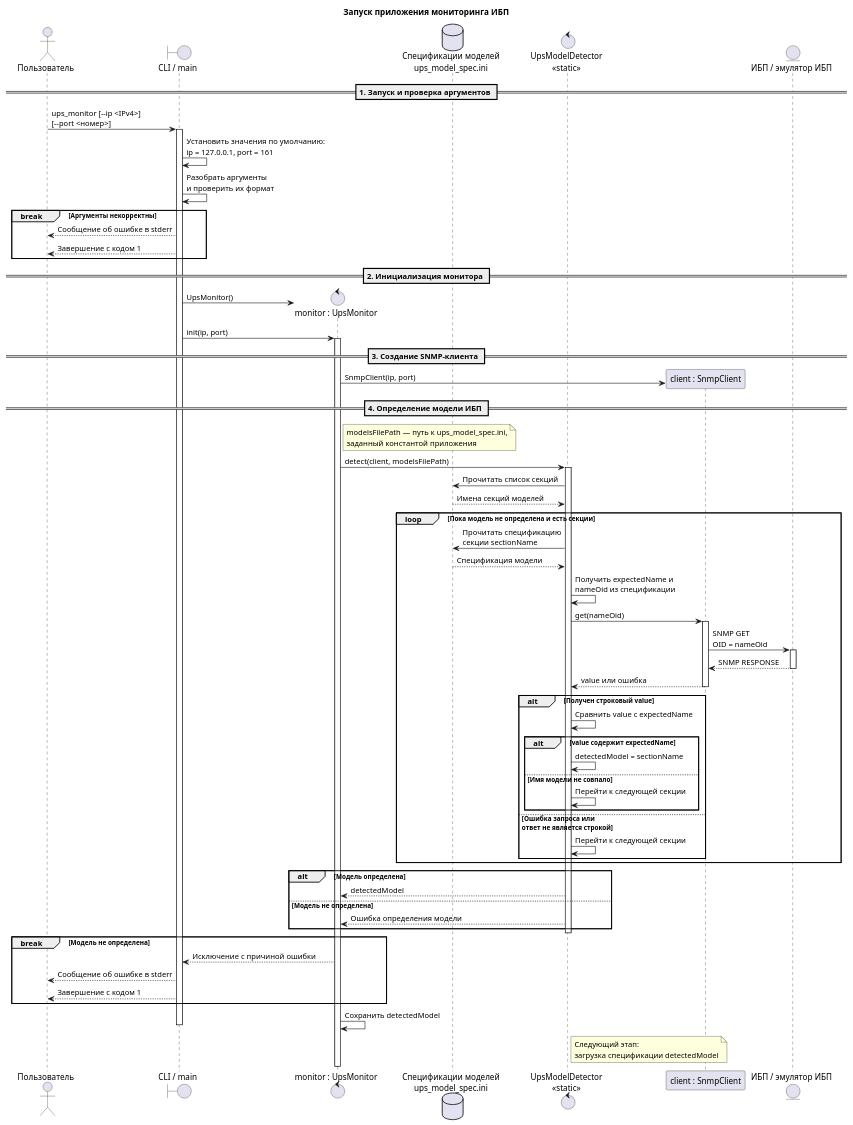
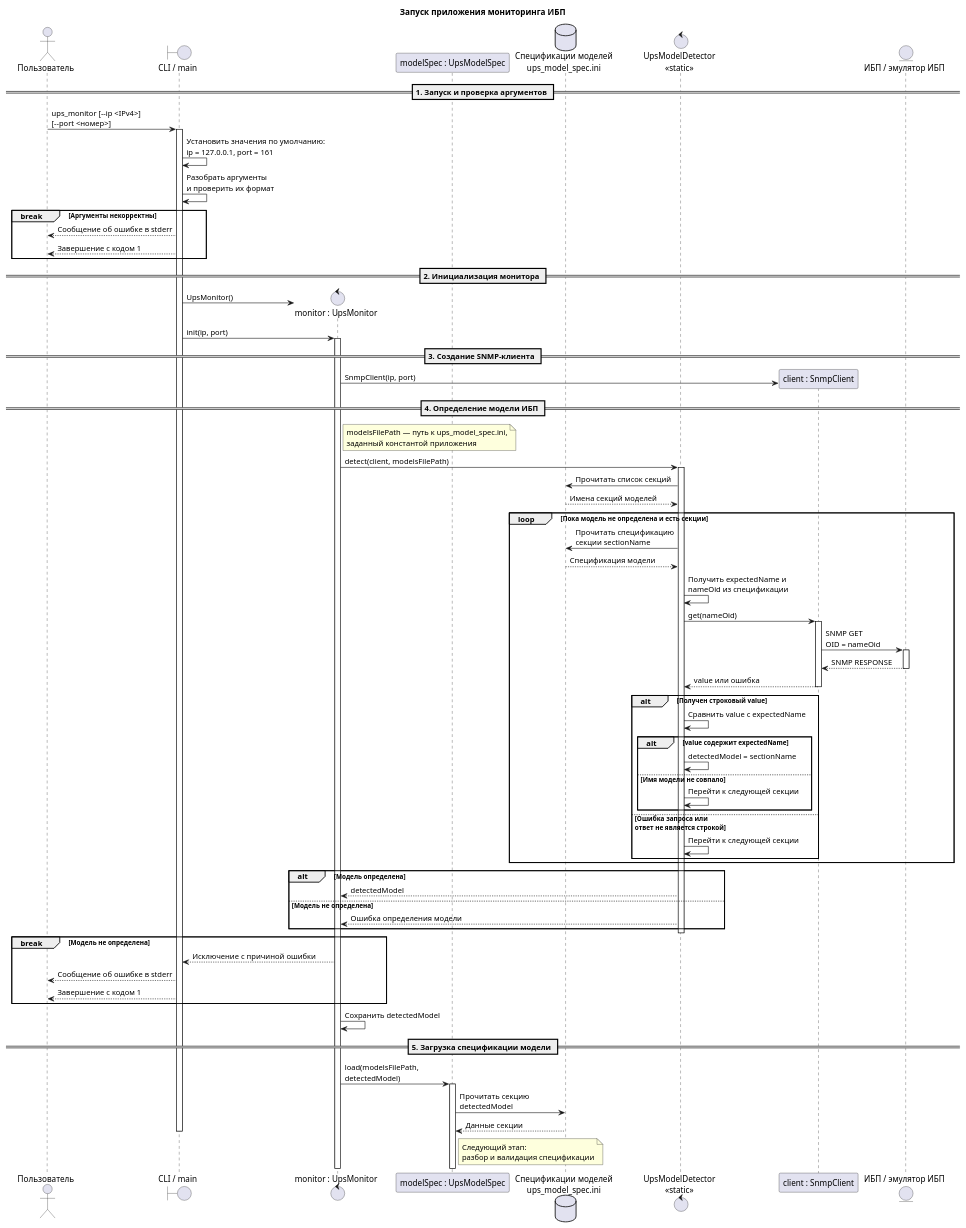
One commit to dvbgmdev-otus/ups_monitor changed the diagram in docs/technical_specification/sequence_diagram.puml. Above: the diagram before and after it, drawn with PlantUML.

Commit message:
docs(ups): начата загрузка спецификации модели

```diff
--- a/docs/technical_specification/sequence_diagram.puml
+++ b/docs/technical_specification/sequence_diagram.puml
@@ -1,95 +1,103 @@
 @startuml ups_monitor_sequence
 title Запуск приложения мониторинга ИБП
 
 actor "Пользователь" as User
 boundary "CLI / main" as CLI
 
 == 1. Запуск и проверка аргументов ==
 
 User -> CLI: ups_monitor [~--ip <IPv4>]\n[~--port <номер>]
 activate CLI
 
 CLI -> CLI: Установить значения по умолчанию:\nip = 127.0.0.1, port = 161
 CLI -> CLI: Разобрать аргументы\nи проверить их формат
 
 break Аргументы некорректны
     CLI --> User: Сообщение об ошибке в stderr
     CLI --> User: Завершение с кодом 1
 end
 
 == 2. Инициализация монитора ==
 
 create control "monitor : UpsMonitor" as Monitor
 CLI -> Monitor: UpsMonitor()
 CLI -> Monitor: init(ip, port)
 activate Monitor
 
+participant "modelSpec : UpsModelSpec" as ModelSpec
 database "Спецификации моделей\nups_model_spec.ini" as ModelsDb
 control "UpsModelDetector\n<<static>>" as Detector
 
 == 3. Создание SNMP-клиента ==
 
 create participant "client : SnmpClient" as Snmp
 Monitor -> Snmp: SnmpClient(ip, port)
 entity "ИБП / эмулятор ИБП" as Ups
 
 == 4. Определение модели ИБП ==
 
 note right of Monitor
     modelsFilePath — путь к ups_model_spec.ini,
     заданный константой приложения
 end note
 
 Monitor -> Detector: detect(client, modelsFilePath)
 activate Detector
 Detector -> ModelsDb: Прочитать список секций
 ModelsDb --> Detector: Имена секций моделей
 
 loop Пока модель не определена и есть секции
     Detector -> ModelsDb: Прочитать спецификацию\nсекции sectionName
     ModelsDb --> Detector: Спецификация модели
     Detector -> Detector: Получить expectedName и\nnameOid из спецификации
     Detector -> Snmp: get(nameOid)
     activate Snmp
     Snmp -> Ups: SNMP GET\nOID = nameOid
     activate Ups
     Ups --> Snmp: SNMP RESPONSE
     deactivate Ups
     Snmp --> Detector: value или ошибка
     deactivate Snmp
 
     alt Получен строковый value
         Detector -> Detector: Сравнить value с expectedName
 
         alt value содержит expectedName
             Detector -> Detector: detectedModel = sectionName
         else Имя модели не совпало
             Detector -> Detector: Перейти к следующей секции
         end
     else Ошибка запроса или\nответ не является строкой
         Detector -> Detector: Перейти к следующей секции
     end
 end
 
 alt Модель определена
     Detector --> Monitor: detectedModel
 else Модель не определена
     Detector --> Monitor: Ошибка определения модели
 end
 deactivate Detector
 
 break Модель не определена
     Monitor --> CLI: Исключение с причиной ошибки
     CLI --> User: Сообщение об ошибке в stderr
     CLI --> User: Завершение с кодом 1
 end
 
 Monitor -> Monitor: Сохранить detectedModel
 
-note right of Detector
+== 5. Загрузка спецификации модели ==
+
+Monitor -> ModelSpec: load(modelsFilePath,\ndetectedModel)
+activate ModelSpec
+ModelSpec -> ModelsDb: Прочитать секцию\ndetectedModel
+ModelsDb --> ModelSpec: Данные секции
+
+note right of ModelSpec
     Следующий этап:
-    загрузка спецификации detectedModel
+    разбор и валидация спецификации
 end note
 
 deactivate CLI
 @enduml
```
